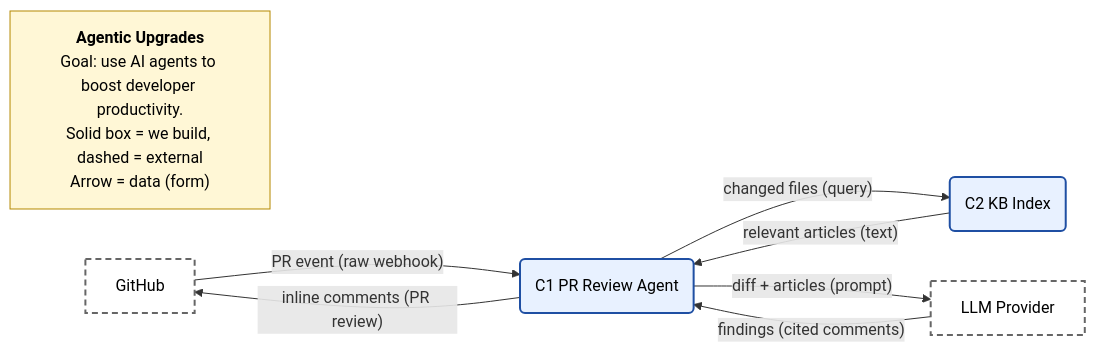
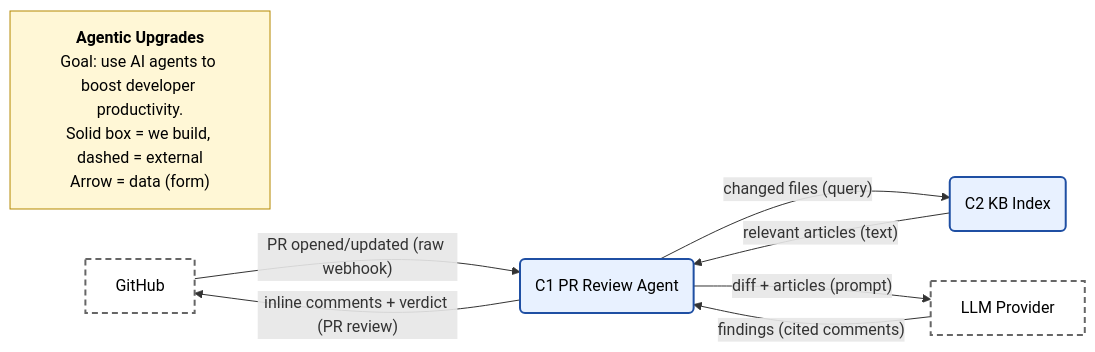
The second of 3 diagrams in Design_Diagrams/D0_High_Level_Design.md (Dan-Nassirharand/capstone), drawn with Mermaid before and after one commit. The commit also changed other lines of this file and 1 other file, not shown here.

````diff
--- a/Design_Diagrams/D0_High_Level_Design.md
+++ b/Design_Diagrams/D0_High_Level_Design.md
@@ -90,19 +113,19 @@
 ```mermaid
 flowchart LR
   T["<b>Agentic Upgrades</b><br/>Goal: use AI agents to boost developer productivity.<br/>Solid box = we build, dashed = external<br/>Arrow = data (form)"]:::title
   GH["GitHub"]:::external
   C1("C1 PR Review Agent"):::built
   C2("C2 KB Index"):::built
   LLM["LLM Provider"]:::external
 
-  GH -->|"PR event (raw webhook)"| C1
+  GH -->|"PR opened/updated (raw webhook)"| C1
   C1 -->|"changed files (query)"| C2
   C2 -->|"relevant articles (text)"| C1
   C1 -->|"diff + articles (prompt)"| LLM
   LLM -->|"findings (cited comments)"| C1
-  C1 -->|"inline comments (PR review)"| GH
+  C1 -->|"inline comments + verdict (PR review)"| GH
 
   classDef built fill:#e8f1ff,stroke:#1f4fa3,stroke-width:2px,color:#000;
   classDef external fill:#fff,stroke:#666,stroke-width:2px,stroke-dasharray:6 4,color:#000;
   classDef title fill:#fff7d6,stroke:#b58900,color:#000;
 ```
````
